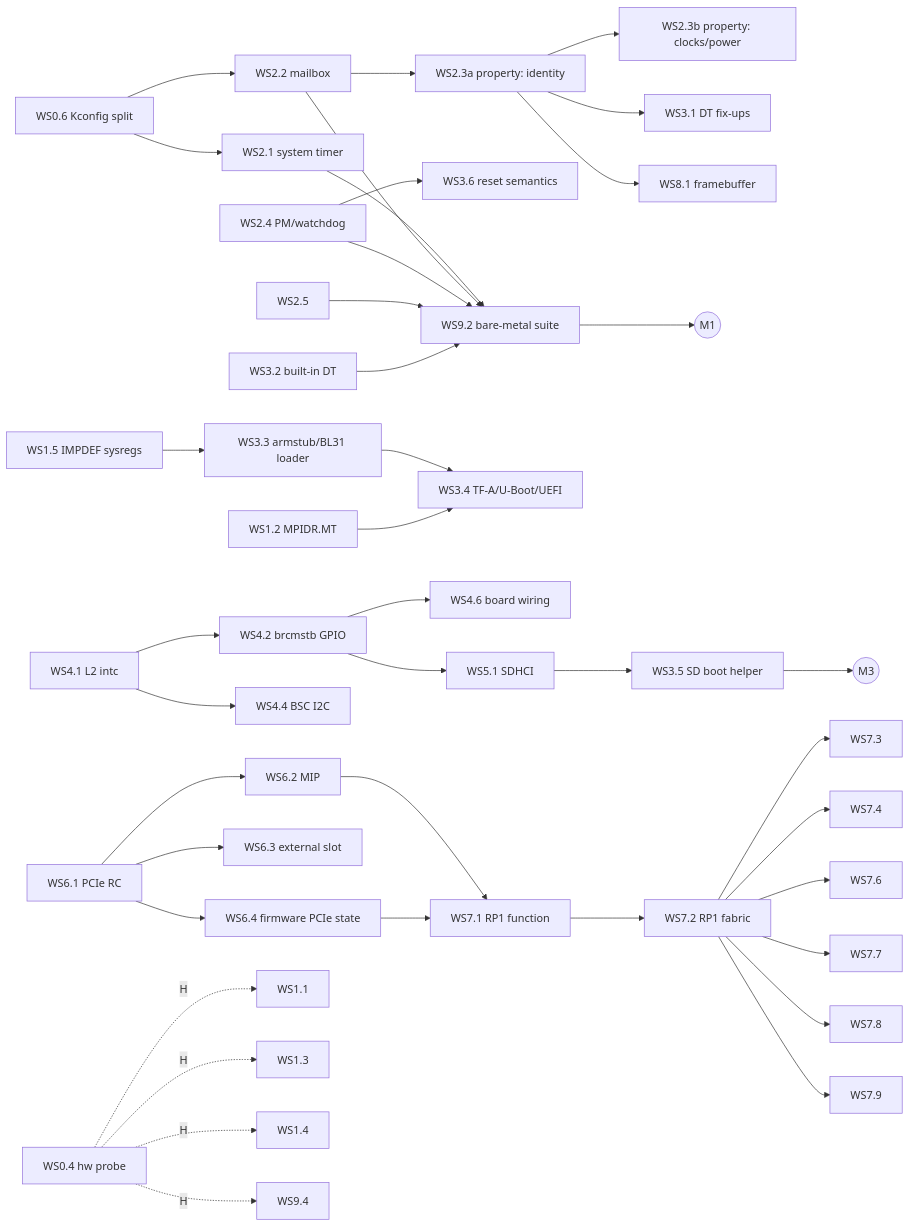
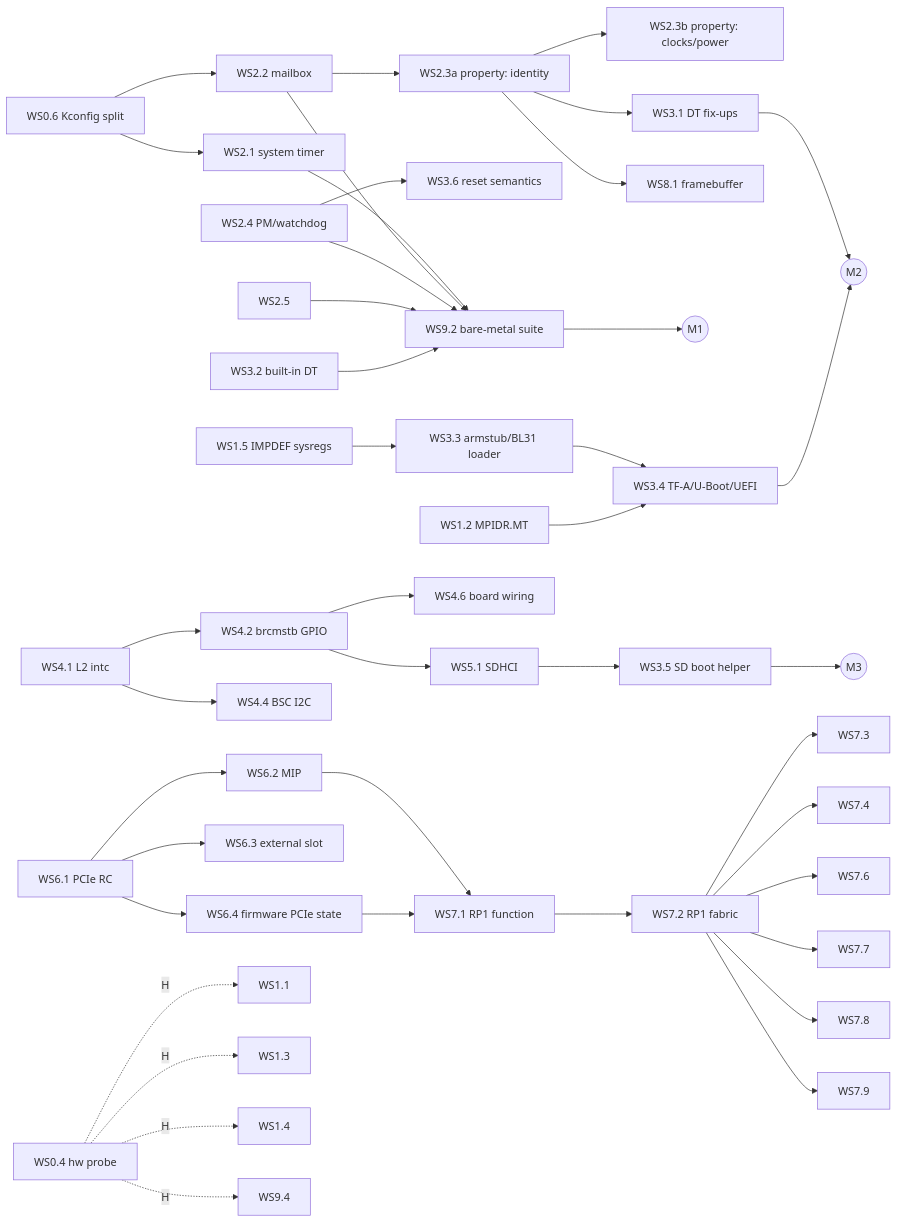
Before and after one commit to hatter6822/rpi5_machine: the diagram in docs/PLAN.md, drawn with Mermaid. The commit also changed other lines of this file and 15 other files, not shown here.

````diff
--- a/docs/PLAN.md
+++ b/docs/PLAN.md
@@ -102,19 +102,20 @@
 ```mermaid
 graph LR
   WS0.6[WS0.6 Kconfig split] --> WS2.1[WS2.1 system timer] & WS2.2[WS2.2 mailbox]
   WS2.2 --> WS2.3a[WS2.3a property: identity]
   WS2.3a --> WS2.3b[WS2.3b property: clocks/power] & WS3.1[WS3.1 DT fix-ups] & WS8.1[WS8.1 framebuffer]
   WS2.4[WS2.4 PM/watchdog] --> WS3.6[WS3.6 reset semantics]
   WS2.1 & WS2.2 & WS2.4 & WS2.5 --> WS9.2[WS9.2 bare-metal suite]
   WS3.2[WS3.2 built-in DT] --> WS9.2
   WS9.2 --> M1((M1))
   WS1.5[WS1.5 IMPDEF sysregs] --> WS3.3[WS3.3 armstub/BL31 loader] --> WS3.4[WS3.4 TF-A/U-Boot/UEFI]
   WS1.2[WS1.2 MPIDR.MT] --> WS3.4
+  WS3.1 & WS3.4 --> M2((M2))
   WS4.1[WS4.1 L2 intc] --> WS4.2[WS4.2 brcmstb GPIO] & WS4.4[WS4.4 BSC I2C]
   WS4.2 --> WS4.6[WS4.6 board wiring] & WS5.1[WS5.1 SDHCI]
   WS5.1 --> WS3.5[WS3.5 SD boot helper] --> M3((M3))
   WS6.1[WS6.1 PCIe RC] --> WS6.2[WS6.2 MIP] & WS6.3[WS6.3 external slot] & WS6.4[WS6.4 firmware PCIe state]
   WS6.2 & WS6.4 --> WS7.1[WS7.1 RP1 function] --> WS7.2[WS7.2 RP1 fabric]
   WS7.2 --> WS7.3 & WS7.4 & WS7.6 & WS7.7 & WS7.8 & WS7.9
   WS0.4[WS0.4 hw probe] -. H .-> WS1.1 & WS1.3 & WS1.4 & WS9.4
 ```
````
